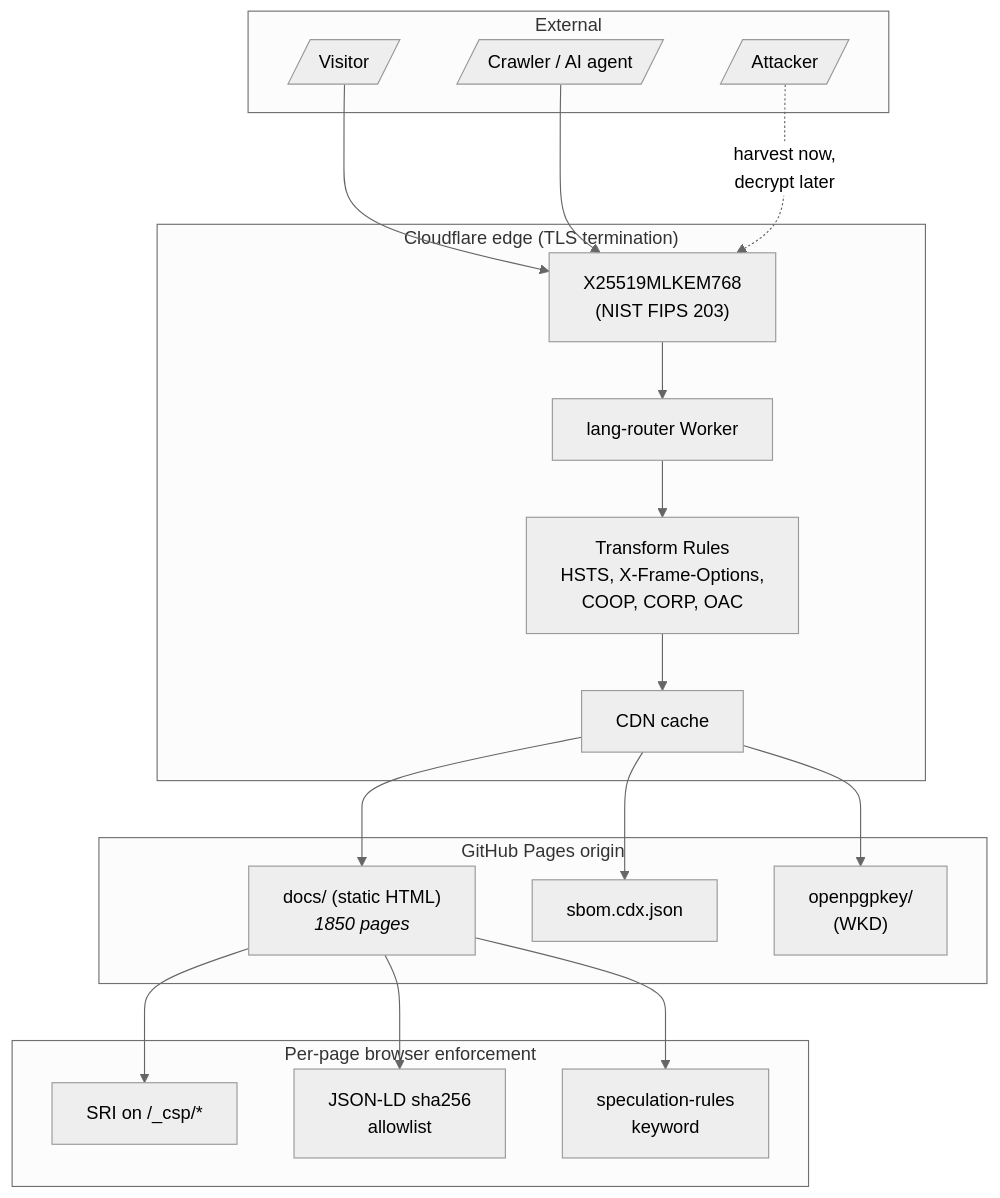
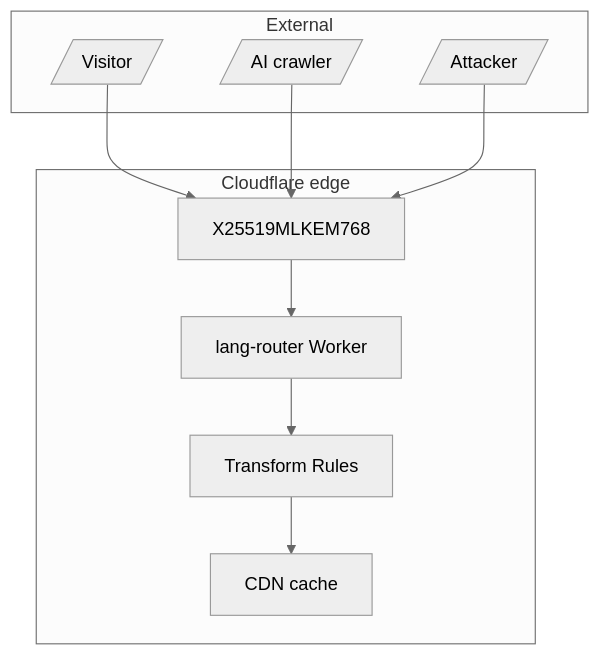
The third of 3 diagrams in README.md (sebastienrousseau/sebastienrousseau.github.io), drawn with Mermaid before and after one commit. The commit also changed other lines of this file and 3817 other files, not shown here.

````diff
--- a/README.md
+++ b/README.md
@@ -494,41 +216,23 @@
 ```mermaid
 %%{init: {'theme':'neutral'} }%%
 graph TB
  subgraph EXT["External"]
  V[/"Visitor"/]
- CR[/"Crawler / AI agent"/]
+ AI[/"AI crawler"/]
  ATK[/"Attacker"/]
  end
 
- subgraph EDGE["Cloudflare edge (TLS termination)"]
+ subgraph EDGE["Cloudflare edge"]
+ PQ["X25519MLKEM768"]
  CFW["lang-router Worker"]
- TR["Transform Rules<br/>HSTS, X-Frame-Options,<br/>COOP, CORP, OAC"]
+ TR["Transform Rules"]
  CDN["CDN cache"]
- PQ["X25519MLKEM768<br/>(NIST FIPS 203)"]
- end
-
- subgraph ORIG["GitHub Pages origin"]
- H["docs/ (static HTML)<br/><i>1850 pages</i>"]
- SBOM["sbom.cdx.json"]
- WKD["openpgpkey/<br/>(WKD)"]
- end
-
- subgraph CSP["Per-page browser enforcement"]
- SRI["SRI on /_csp/*"]
- JSONLD["JSON-LD sha256<br/>allowlist"]
- SR["speculation-rules<br/>keyword"]
  end
 
  V --> PQ
- CR --> PQ
- ATK -.->|harvest now,<br/>decrypt later| PQ
+ AI --> PQ
+ ATK --> PQ
  PQ --> CFW
  CFW --> TR
  TR --> CDN
- CDN --> H
- CDN --> SBOM
- CDN --> WKD
- H --> SRI
- H --> JSONLD
- H --> SR
 ```
````
